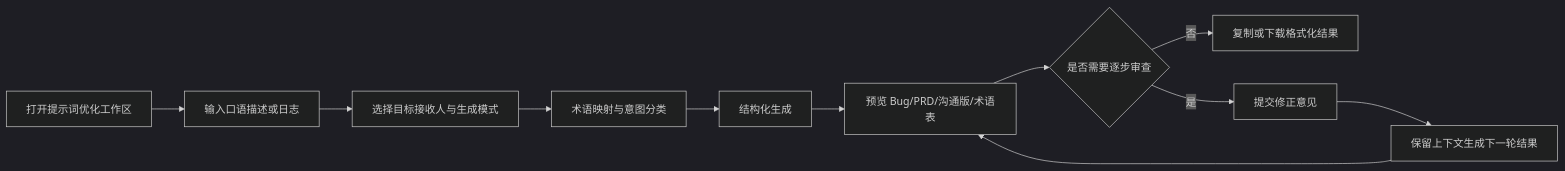
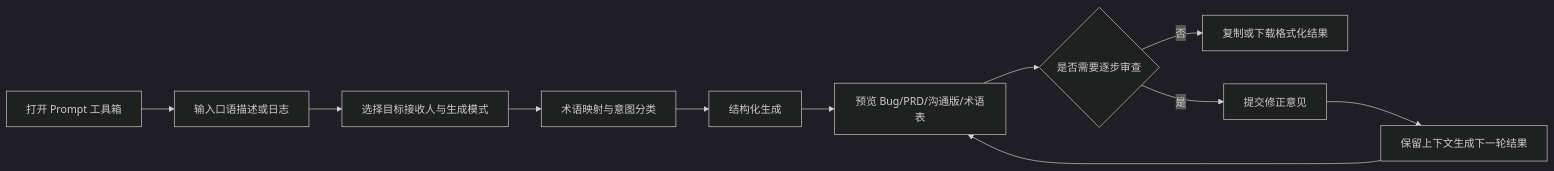
Before and after one commit to azazazazaz520/code-reviewer: the diagram in docs/devprompt-pro-implementation-plan.md, drawn with Mermaid (dark theme). The commit also changed other lines of this file and 18 other files, not shown here.

````diff
--- a/docs/devprompt-pro-implementation-plan.md
+++ b/docs/devprompt-pro-implementation-plan.md
@@ -36,13 +36,13 @@
 ```mermaid
 flowchart LR
-    A[打开提示词优化工作区] --> B[输入口语描述或日志]
+    A[打开 Prompt 工具箱] --> B[输入口语描述或日志]
     B --> C[选择目标接收人与生成模式]
     C --> D[术语映射与意图分类]
     D --> E[结构化生成]
     E --> F[预览 Bug/PRD/沟通版/术语表]
     F --> G{是否需要逐步审查}
     G -- 否 --> H[复制或下载格式化结果]
     G -- 是 --> I[提交修正意见]
     I --> J[保留上下文生成下一轮结果]
     J --> F
 ```
````
